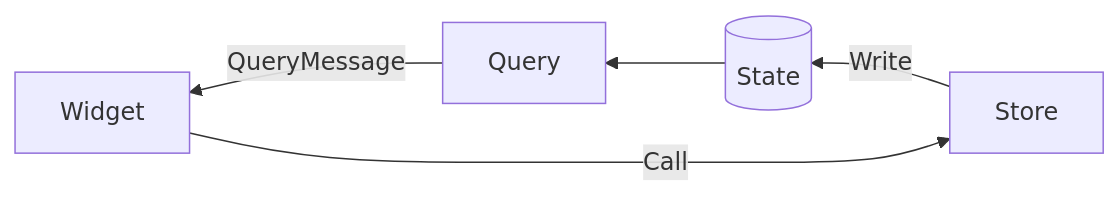
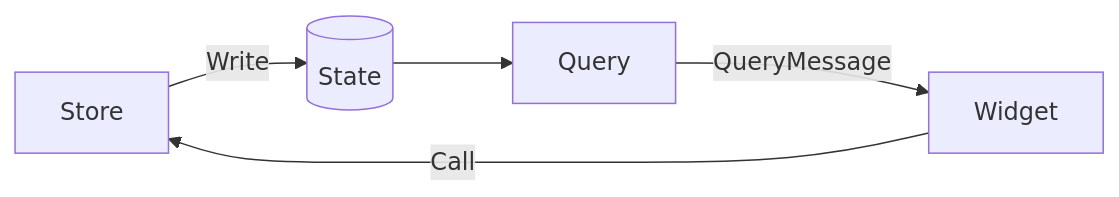
Before and after one commit to iced-rs/rfcs: the second of 2 diagrams in text/0000-shared-widget-state.md, drawn with Mermaid.

Commit message:
keyboard events example cleanup

````diff
--- a/text/0000-shared-widget-state.md
+++ b/text/0000-shared-widget-state.md
@@ -50,7 +50,7 @@
 ```mermaid
-  graph RL;
+  graph LR;
     Store--Write-->State[(State)];
     Query--QueryMessage-->Widget
     State-->Query;
     Widget--Call-->Store;
 ```
````
